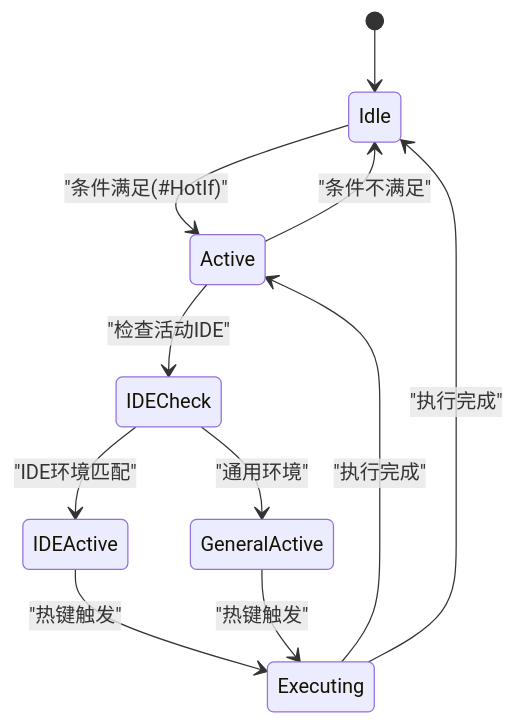
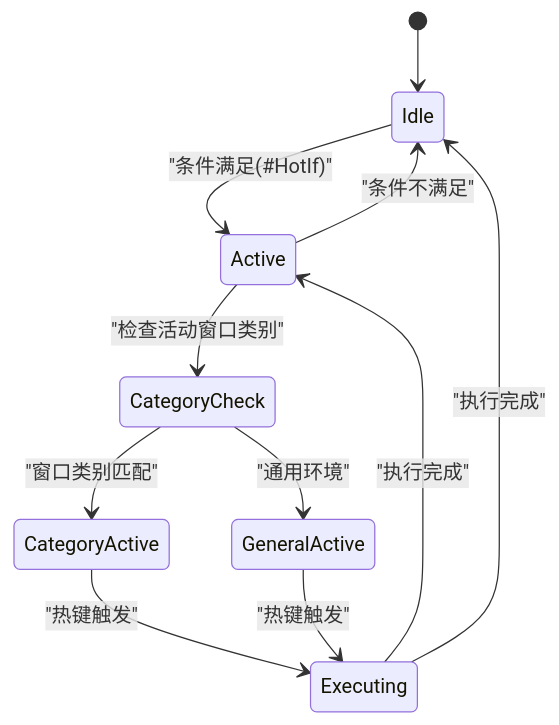
One commit to wangys-123doit/hotkey changed the sixth of 8 diagrams in .qoder/repowiki/zh/content/核心功能/热键管理系统.md. Above: the diagram before and after it, drawn with Mermaid. The commit also changed other lines of this file and 6 other files, not shown here.

````diff
--- a/.qoder/repowiki/zh/content/核心功能/热键管理系统.md
+++ b/.qoder/repowiki/zh/content/核心功能/热键管理系统.md
@@ -231,13 +214,13 @@
 ```mermaid
 stateDiagram-v2
 [*] --> Idle
 Idle --> Active : "条件满足(#HotIf)"
-Active --> IDECheck : "检查活动IDE"
-IDECheck --> IDEActive : "IDE环境匹配"
-IDECheck --> GeneralActive : "通用环境"
-IDEActive --> Executing : "热键触发"
+Active --> CategoryCheck : "检查活动窗口类别"
+CategoryCheck --> CategoryActive : "窗口类别匹配"
+CategoryCheck --> GeneralActive : "通用环境"
+CategoryActive --> Executing : "热键触发"
 GeneralActive --> Executing : "热键触发"
 Executing --> Active : "执行完成"
 Active --> Idle : "条件不满足"
 Executing --> Idle : "执行完成"
 ```
````
